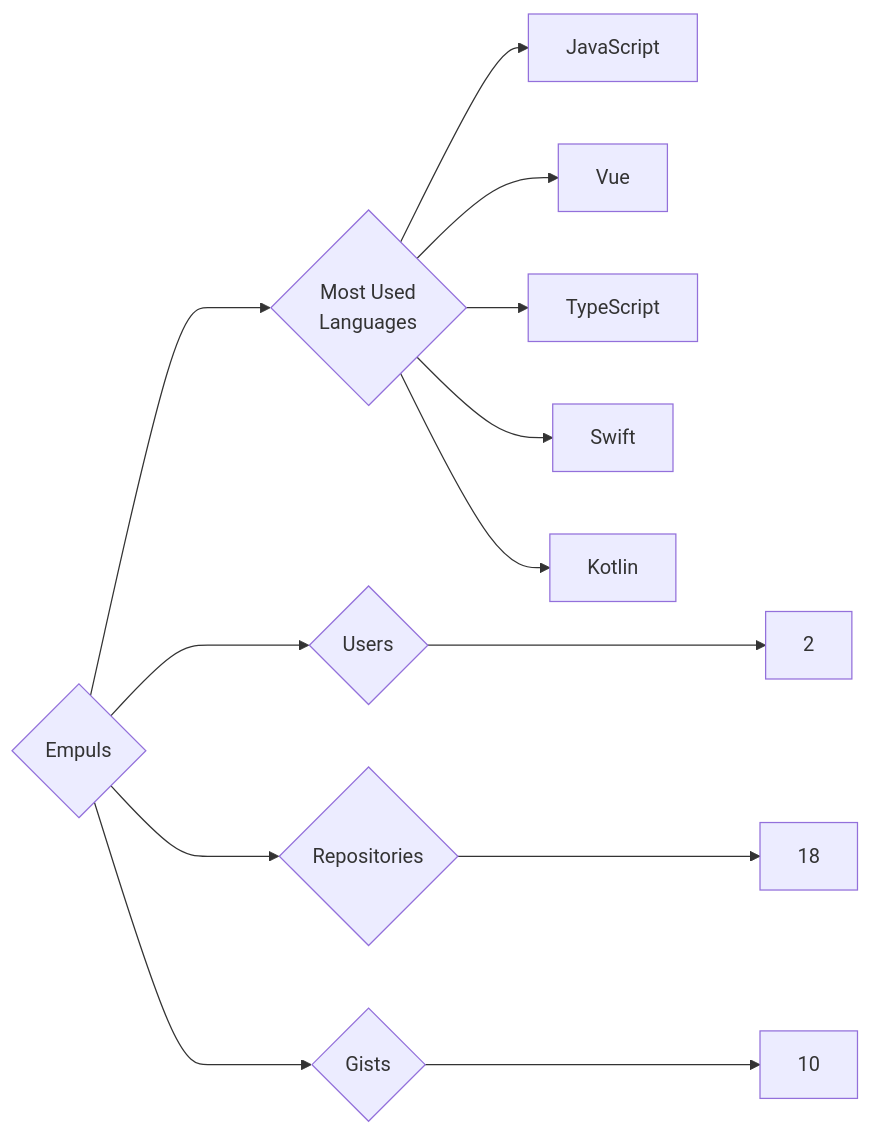
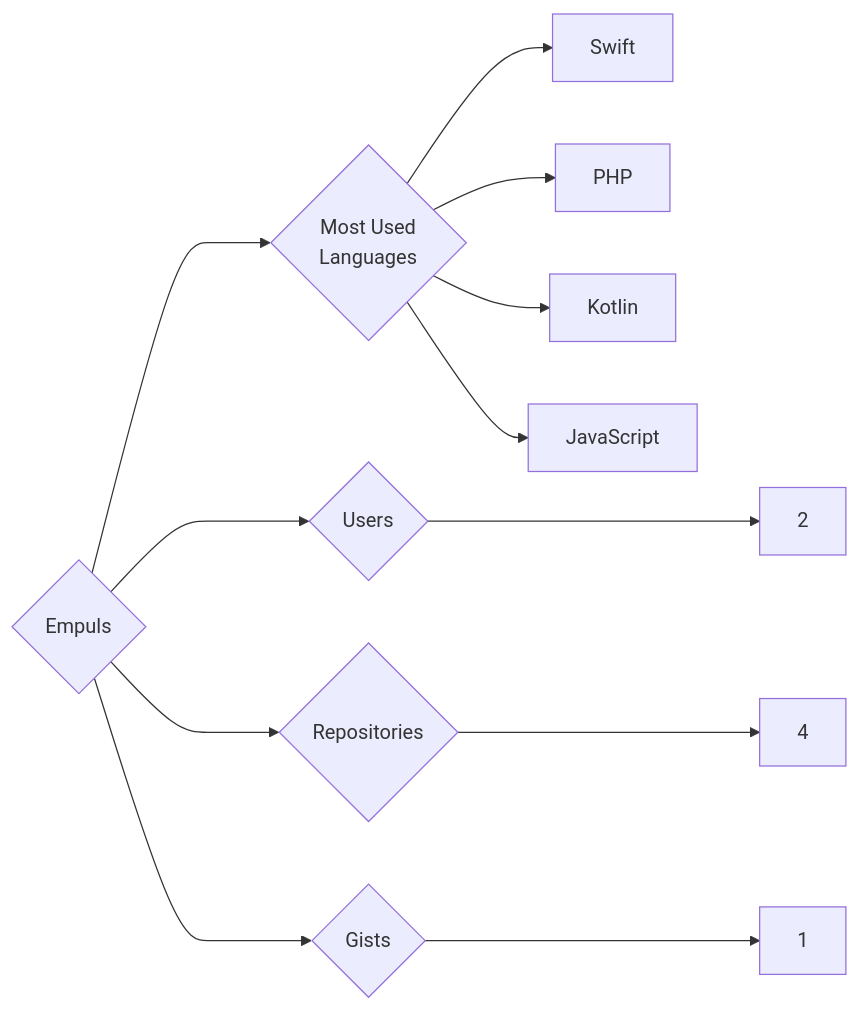
The diagram in targets/Empuls/README.md (trickest/insiders), drawn with Mermaid before and after one commit. The commit also changed 953 other files, not shown here.

````diff
--- a/targets/Empuls/README.md
+++ b/targets/Empuls/README.md
@@ -3,13 +3,12 @@
 ```mermaid
 graph LR
 COMPANY_NAME{Empuls}
 COMPANY_NAME ---> U{Users} ---> UN[2]
-COMPANY_NAME ---> R{Repositories} ---> RN[18]
-COMPANY_NAME ---> G{Gists} ---> GN[10]
+COMPANY_NAME ---> R{Repositories} ---> RN[4]
+COMPANY_NAME ---> G{Gists} ---> GN[1]
 COMPANY_NAME ---> ML{Most Used<br>Languages}
+ML --> Swift[Swift]
+ML --> PHP[PHP]
+ML --> Kotlin[Kotlin]
 ML --> JavaScript[JavaScript]
-ML --> Vue[Vue]
-ML --> TypeScript[TypeScript]
-ML --> Swift[Swift]
-ML --> Kotlin[Kotlin]
 ```
````
